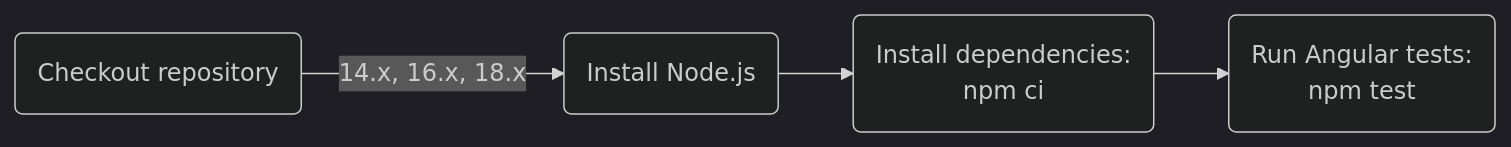
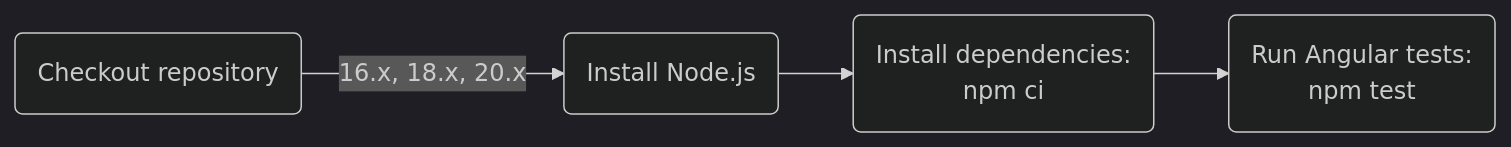
One commit to Abhiek187/ez-recipes-web changed the first of 3 diagrams in README.md. Above: the diagram before and after it, drawn with Mermaid (dark theme).

Commit message:
Update Node versions in flowchart

````diff
--- a/README.md
+++ b/README.md
@@ -37,7 +37,7 @@
 ```mermaid
 flowchart LR
 
-A(Checkout repository) -->|14.x, 16.x, 18.x| B(Install Node.js)
+A(Checkout repository) -->|16.x, 18.x, 20.x| B(Install Node.js)
 B --> C(Install dependencies:\nnpm ci)
 C --> D(Run Angular tests:\nnpm test)
 ```
````
